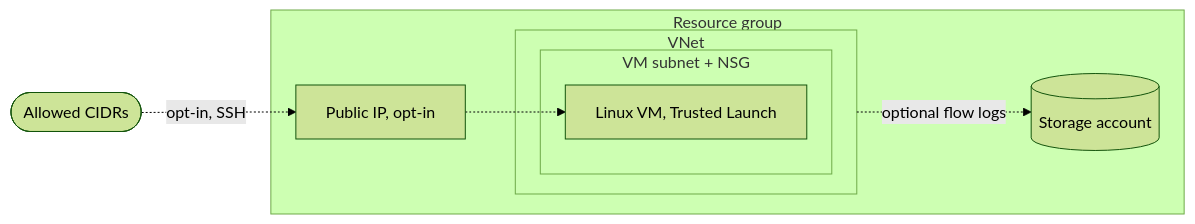
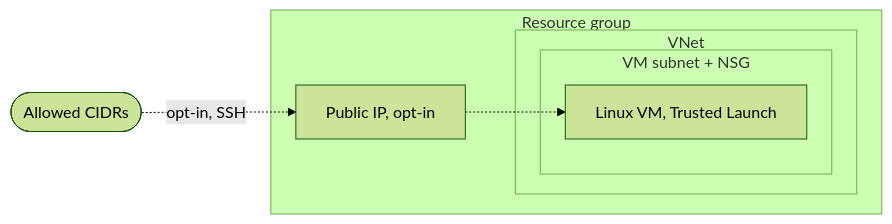
Before and after one commit to StackGuardian/templ-ot-azure-simple-vm: the diagram in README.md, drawn with Mermaid (forest theme). The commit also changed other lines of this file and 11 other files, not shown here.

First line of the commit message:
Group optional settings, open SSH by default, drop flow logs

````diff
--- a/README.md
+++ b/README.md
@@ -9,13 +9,12 @@
 ```mermaid
 flowchart LR
   cidr([Allowed CIDRs]) -.->|opt-in, SSH| pip[Public IP, opt-in]
   subgraph rg[Resource group]
     subgraph vnet[VNet]
       subgraph sn[VM subnet + NSG]
         vm[Linux VM, Trusted Launch]
       end
     end
     pip -.-> vm
-    vnet -.->|optional flow logs| st[(Storage account)]
   end
 ```
````
